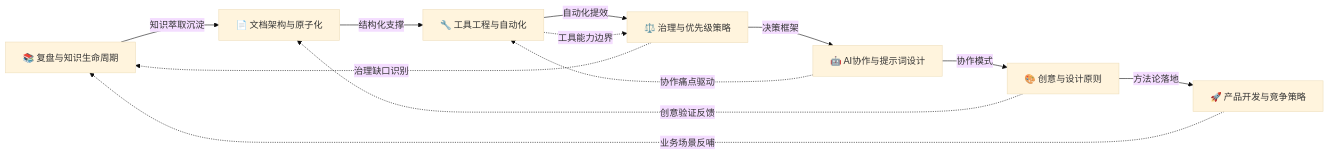
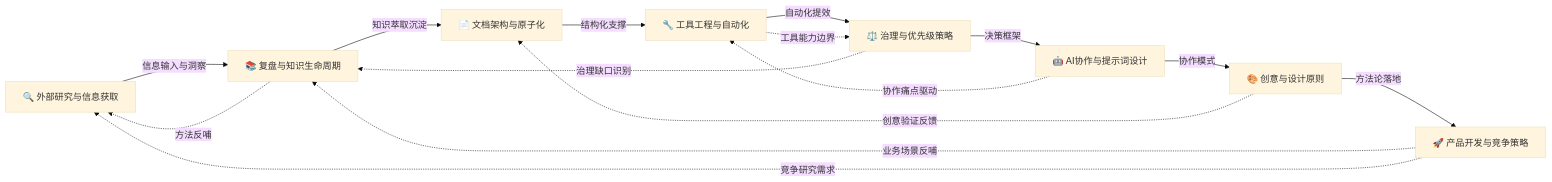
Before and after one commit to xinetzone/SpecWeave: the diagram in docs/retrospective/patterns/methodology-patterns/README.md, drawn with Mermaid (base theme). The commit also changed other lines of this file and 12 other files, not shown here.

````diff
--- a/docs/retrospective/patterns/methodology-patterns/README.md
+++ b/docs/retrospective/patterns/methodology-patterns/README.md
@@ -33,21 +34,25 @@
 ```mermaid
 flowchart LR
+    RES["🔍 外部研究与信息获取"]
     KM["📚 复盘与知识生命周期"]
     DOC["📄 文档架构与原子化"]
     TOOL["🔧 工具工程与自动化"]
     GOV["⚖️ 治理与优先级策略"]
     AI["🤖 AI协作与提示词设计"]
     DESIGN["🎨 创意与设计原则"]
     PROD["🚀 产品开发与竞争策略"]
+    RES -->|"信息输入与洞察"| KM
     KM -->|"知识萃取沉淀"| DOC
     DOC -->|"结构化支撑"| TOOL
     TOOL -->|"自动化提效"| GOV
     GOV -->|"决策框架"| AI
     AI -->|"协作模式"| DESIGN
     DESIGN -->|"方法论落地"| PROD
     PROD -.->|"业务场景反哺"| KM
+    PROD -.->|"竞争研究需求"| RES
     DESIGN -.->|"创意验证反馈"| DOC
     AI -.->|"协作痛点驱动"| TOOL
     GOV -.->|"治理缺口识别"| KM
     TOOL -.->|"工具能力边界"| GOV
+    KM -.->|"方法反哺"| RES
 ```
````
